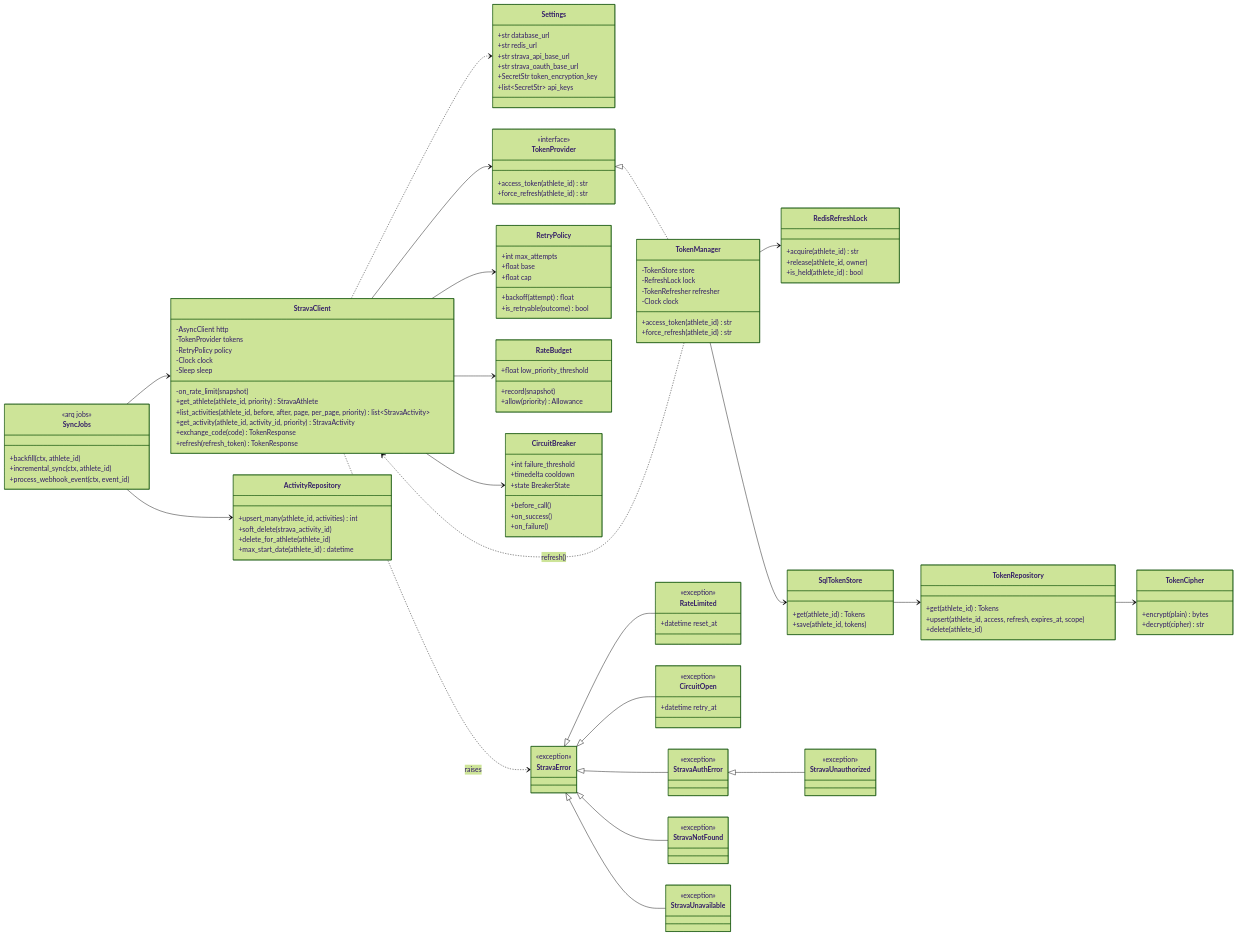
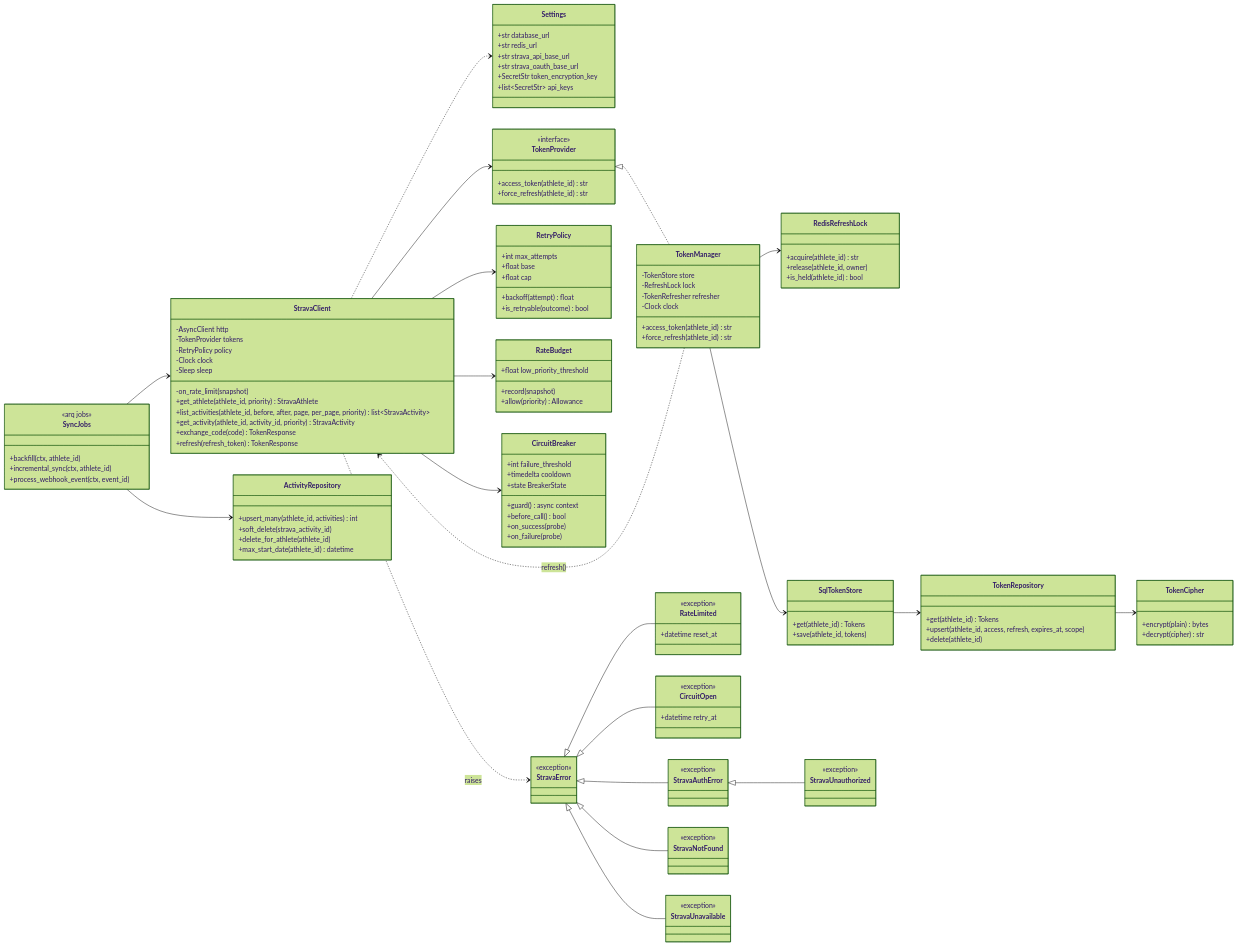
One commit to umutaydins/trainsync changed the fourth of 14 diagrams in docs/diagrams.md. Above: the diagram before and after it, drawn with Mermaid (forest theme). The commit also changed other lines of this file and 10 other files, not shown here.

```diff
--- a/docs/diagrams.md
+++ b/docs/diagrams.md
@@ -234,9 +234,10 @@
         +int failure_threshold
         +timedelta cooldown
         +state BreakerState
-        +before_call()
-        +on_success()
-        +on_failure()
+        +guard() async context
+        +before_call() bool
+        +on_success(probe)
+        +on_failure(probe)
     }
 
     class TokenCipher {
```
